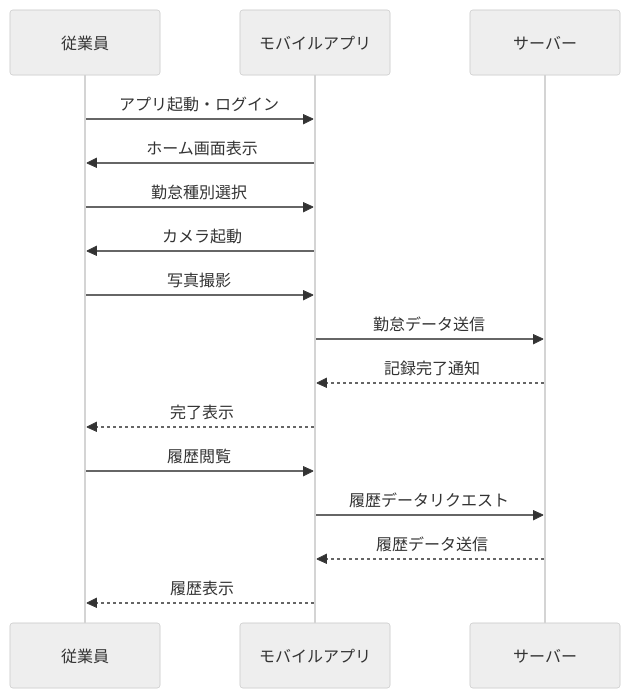
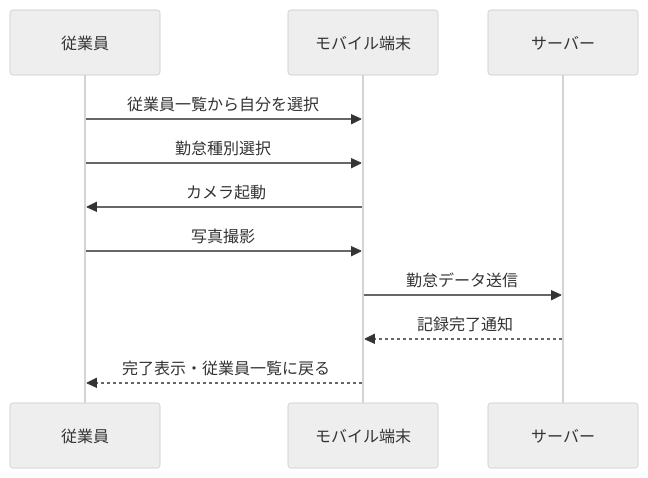
One commit to yamasaw/attendance-management-mobile-by-ai-driven changed the second of 2 diagrams in doc/business_requirements.md. Above: the diagram before and after it, drawn with Mermaid (neutral theme). The commit also changed other lines of this file and 4 other files, not shown here.

````diff
--- a/doc/business_requirements.md
+++ b/doc/business_requirements.md
@@ -71,19 +74,14 @@
 ```mermaid
 sequenceDiagram
     participant E as 従業員
-    participant A as モバイルアプリ
+    participant M as モバイル端末
     participant S as サーバー
     
-    E->>A: アプリ起動・ログイン
-    A->>E: ホーム画面表示
-    E->>A: 勤怠種別選択
-    A->>E: カメラ起動
-    E->>A: 写真撮影
-    A->>S: 勤怠データ送信
-    S-->>A: 記録完了通知
-    A-->>E: 完了表示
-    E->>A: 履歴閲覧
-    A->>S: 履歴データリクエスト
-    S-->>A: 履歴データ送信
-    A-->>E: 履歴表示
+    E->>M: 従業員一覧から自分を選択
+    E->>M: 勤怠種別選択
+    M->>E: カメラ起動
+    E->>M: 写真撮影
+    M->>S: 勤怠データ送信
+    S-->>M: 記録完了通知
+    M-->>E: 完了表示・従業員一覧に戻る
 ```
````
